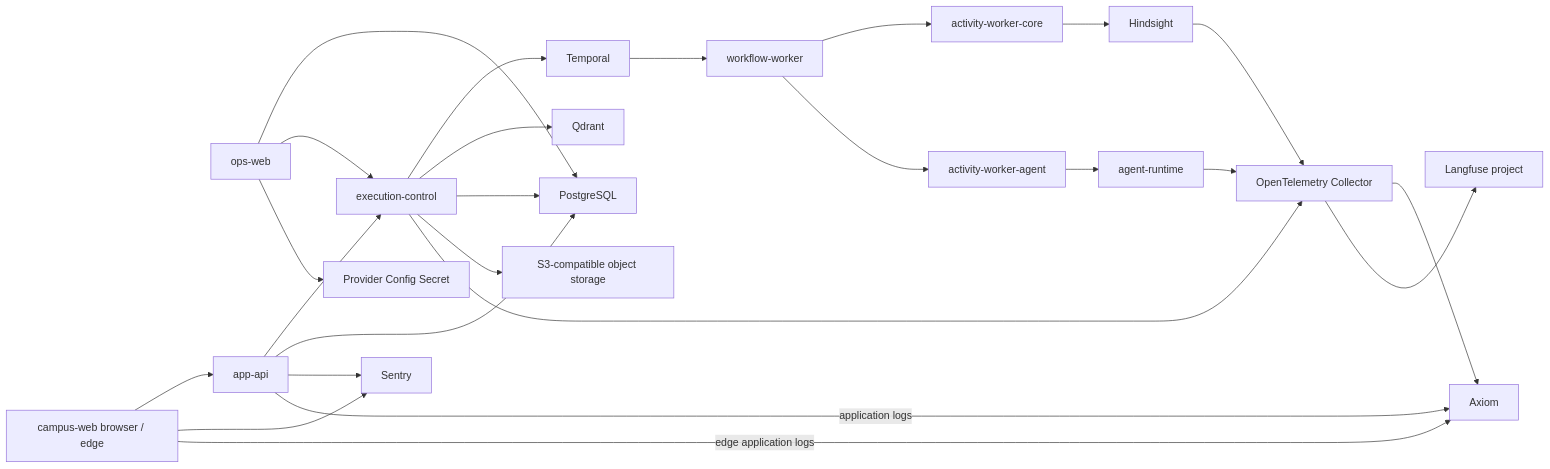
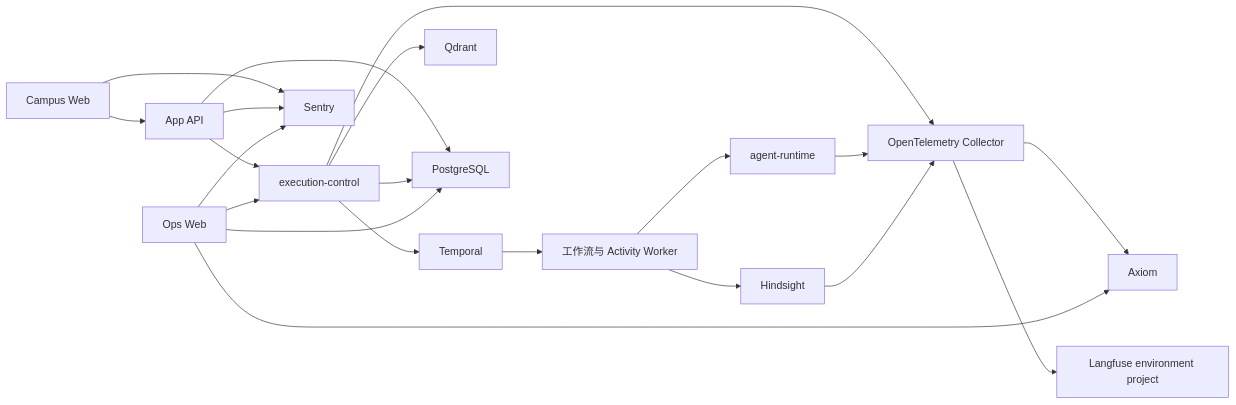
Before and after one commit to Luxfeier22331/campus-agent-main: the diagram in docs/architecture/current.md, drawn with Mermaid. The commit also changed other lines of this file and 289 other files, not shown here.

````diff
--- a/docs/architecture/current.md
+++ b/docs/architecture/current.md
@@ -23,45 +16,34 @@
 ```mermaid
 flowchart LR
-  CampusWeb["campus-web browser / edge"]
-  Ops["ops-web"]
-  AppAPI["app-api"]
+  Web["Campus Web"]
+  Ops["Ops Web"]
+  API["App API"]
   Control["execution-control"]
   Temporal["Temporal"]
-  Workflow["workflow-worker"]
-  Core["activity-worker-core"]
-  AgentWorker["activity-worker-agent"]
+  Workers["工作流与 Activity Worker"]
   Agent["agent-runtime"]
   Memory["Hindsight"]
-  Qdrant["Qdrant"]
-  PG["PostgreSQL"]
-  ObjectStore["S3-compatible object storage"]
+  Search["Qdrant"]
+  DB["PostgreSQL"]
   OTel["OpenTelemetry Collector"]
   Axiom["Axiom"]
   Sentry["Sentry"]
-  Langfuse["Langfuse project"]
+  Langfuse["Langfuse environment project"]
 
-  CampusWeb --> AppAPI
-  AppAPI --> Control
-  Control --> Temporal
-  Temporal --> Workflow
-  Workflow --> Core
-  Workflow --> AgentWorker
-  AgentWorker --> Agent
-  Core --> Memory
-  Control --> Qdrant
-  AppAPI --> PG
-  Control --> PG
-  Control --> ObjectStore
+  Web --> API --> Control --> Temporal --> Workers --> Agent
+  Workers --> Memory
+  Control --> Search
+  API --> DB
+  Control --> DB
+  Ops --> DB
+  Ops --> Control
   Control --> OTel
   Agent --> OTel
   Memory --> OTel
   OTel --> Axiom
   OTel --> Langfuse
-  CampusWeb --> Sentry
-  AppAPI --> Sentry
-  CampusWeb -->|edge application logs| Axiom
-  AppAPI -->|application logs| Axiom
-  Ops --> PG
-  Ops --> Control
-  Ops --> ProviderSecret["Provider Config Secret"]
+  Web --> Sentry
+  API --> Sentry
+  Ops --> Axiom
+  Ops --> Sentry
 ```
````
